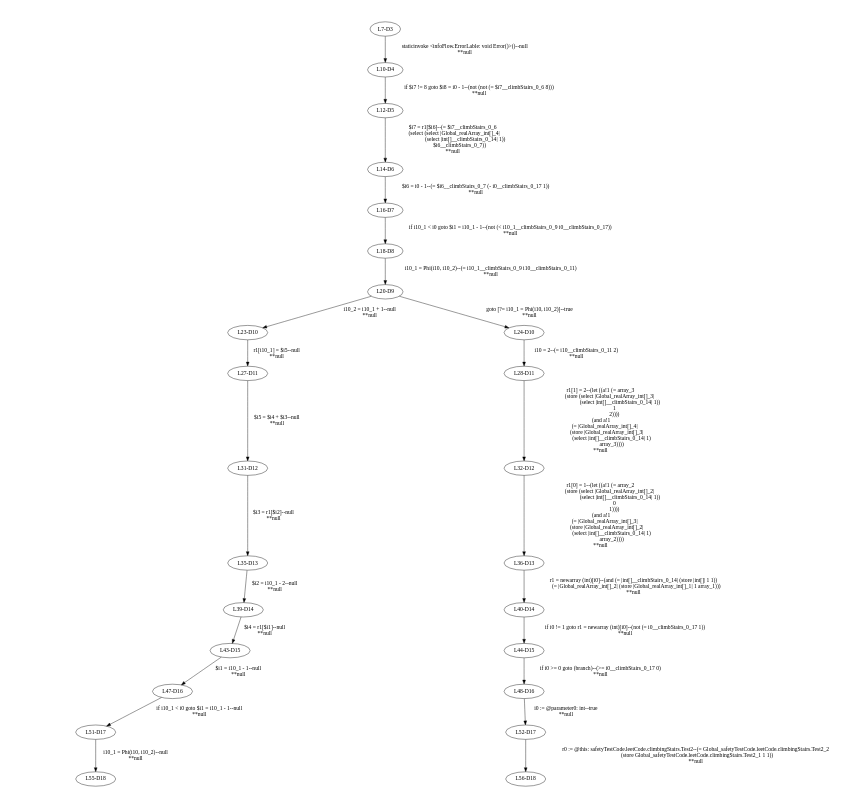
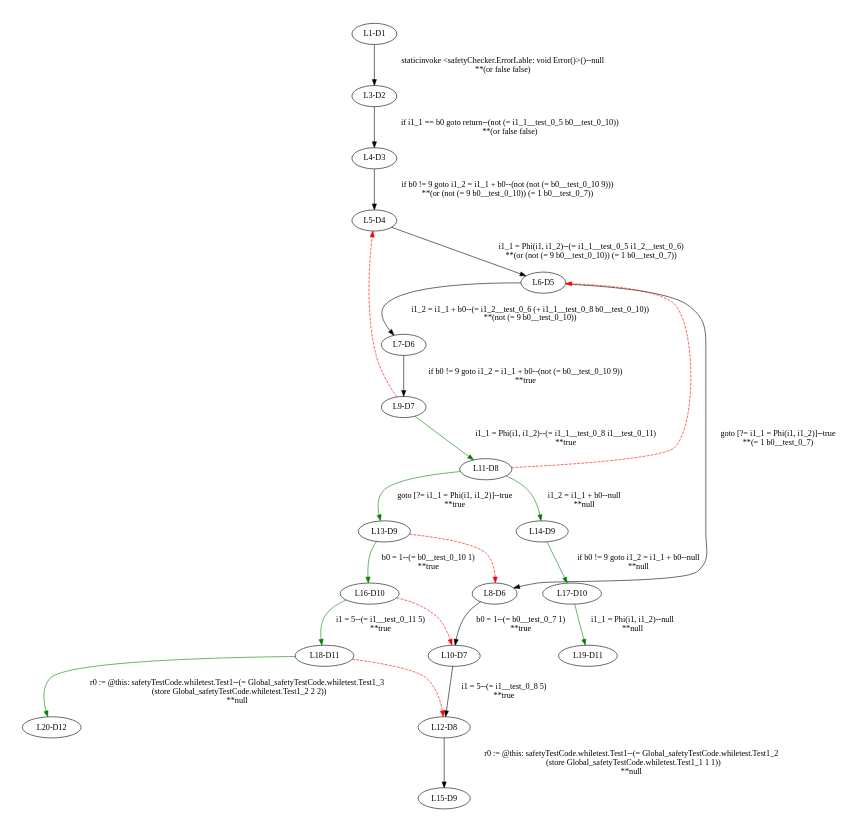
One commit to gt-wunderhorn/gt-wunderhorn changed the diagram in SafetyChecker2/_errors.dot. Above: the diagram before and after it, drawn with Graphviz. The commit also changed 46 other files, not shown here.

```diff
--- a/SafetyChecker2/_errors.dot
+++ b/SafetyChecker2/_errors.dot
@@ -1,76 +1,48 @@
 digraph { 
 	ratio="fill";
 	size="4.3,5.7!";
 	margin=0;
-	"L7-D3" -> "L10-D4"[label="staticinvoke <infoFlow.ErrorLable: void Error()>()--null
+	"L1-D1" -> "L3-D2"[label="staticinvoke <safetyChecker.ErrorLable: void Error()>()--null
+**(or false false)"];
+	"L3-D2" -> "L4-D3"[label="if i1_1 == b0 goto return--(not (= i1_1__test_0_5 b0__test_0_10))
+**(or false false)"];
+	"L4-D3" -> "L5-D4"[label="if b0 != 9 goto i1_2 = i1_1 + b0--(not (not (= b0__test_0_10 9)))
+**(or (not (= 9 b0__test_0_10)) (= 1 b0__test_0_7))"];
+	"L5-D4" -> "L6-D5"[label="i1_1 = Phi(i1, i1_2)--(= i1_1__test_0_5 i1_2__test_0_6)
+**(or (not (= 9 b0__test_0_10)) (= 1 b0__test_0_7))"];
+	"L6-D5" -> "L8-D6"[label="goto [?= i1_1 = Phi(i1, i1_2)]--true
+**(= 1 b0__test_0_7)"];
+	"L6-D5" -> "L7-D6"[label="i1_2 = i1_1 + b0--(= i1_2__test_0_6 (+ i1_1__test_0_8 b0__test_0_10))
+**(not (= 9 b0__test_0_10))"];
+	"L8-D6" -> "L10-D7"[label="b0 = 1--(= b0__test_0_7 1)
+**true"];
+	"L7-D6" -> "L9-D7"[label="if b0 != 9 goto i1_2 = i1_1 + b0--(not (= b0__test_0_10 9))
+**true"];
+	"L10-D7" -> "L12-D8"[label="i1 = 5--(= i1__test_0_8 5)
+**true"];
+	"L9-D7" -> "L11-D8"[color =green, label="i1_1 = Phi(i1, i1_2)--(= i1_1__test_0_8 i1__test_0_11)
+**true"];
+	"L12-D8" -> "L15-D9"[label="r0 := @this: safetyTestCode.whiletest.Test1--(= Global_safetyTestCode.whiletest.Test1_2
+   (store Global_safetyTestCode.whiletest.Test1_1 1 1))
 **null"];
-	"L10-D4" -> "L12-D5"[label="if $i7 != 8 goto $i8 = i0 - 1--(not (not (= $i7__climbStairs_0_6 8)))
+	"L11-D8" -> "L14-D9"[color =green, label="i1_2 = i1_1 + b0--null
 **null"];
-	"L12-D5" -> "L14-D6"[label="$i7 = r1[$i6]--(= $i7__climbStairs_0_6
-   (select (select |Global_realArray_int[]_4|
-                   (select |int[]__climbStairs_0_14| 1))
-           $i6__climbStairs_0_7))
+	"L11-D8" -> "L13-D9"[color =green, label="goto [?= i1_1 = Phi(i1, i1_2)]--true
+**true"];
+	"L14-D9" -> "L17-D10"[color =green, label="if b0 != 9 goto i1_2 = i1_1 + b0--null
 **null"];
-	"L14-D6" -> "L16-D7"[label="$i6 = i0 - 1--(= $i6__climbStairs_0_7 (- i0__climbStairs_0_17 1))
+	"L13-D9" -> "L16-D10"[color =green, label="b0 = 1--(= b0__test_0_10 1)
+**true"];
+	"L17-D10" -> "L19-D11"[color =green, label="i1_1 = Phi(i1, i1_2)--null
 **null"];
-	"L16-D7" -> "L18-D8"[label="if i10_1 < i0 goto $i1 = i10_1 - 1--(not (< i10_1__climbStairs_0_9 i0__climbStairs_0_17))
+	"L16-D10" -> "L18-D11"[color =green, label="i1 = 5--(= i1__test_0_11 5)
+**true"];
+	"L18-D11" -> "L20-D12"[color =green, label="r0 := @this: safetyTestCode.whiletest.Test1--(= Global_safetyTestCode.whiletest.Test1_3
+   (store Global_safetyTestCode.whiletest.Test1_2 2 2))
 **null"];
-	"L18-D8" -> "L20-D9"[label="i10_1 = Phi(i10, i10_2)--(= i10_1__climbStairs_0_9 i10__climbStairs_0_11)
-**null"];
-	"L20-D9" -> "L23-D10"[label="i10_2 = i10_1 + 1--null
-**null"];
-	"L20-D9" -> "L24-D10"[label="goto [?= i10_1 = Phi(i10, i10_2)]--true
-**null"];
-	"L23-D10" -> "L27-D11"[label="r1[i10_1] = $i5--null
-**null"];
-	"L24-D10" -> "L28-D11"[label="i10 = 2--(= i10__climbStairs_0_11 2)
-**null"];
-	"L27-D11" -> "L31-D12"[label="$i5 = $i4 + $i3--null
-**null"];
-	"L28-D11" -> "L32-D12"[label="r1[1] = 2--(let ((a!1 (= array_3
-              (store (select |Global_realArray_int[]_3|
-                             (select |int[]__climbStairs_0_14| 1))
-                     1
-                     2))))
-  (and a!1
-       (= |Global_realArray_int[]_4|
-          (store |Global_realArray_int[]_3|
-                 (select |int[]__climbStairs_0_14| 1)
-                 array_3))))
-**null"];
-	"L31-D12" -> "L35-D13"[label="$i3 = r1[$i2]--null
-**null"];
-	"L32-D12" -> "L36-D13"[label="r1[0] = 1--(let ((a!1 (= array_2
-              (store (select |Global_realArray_int[]_2|
-                             (select |int[]__climbStairs_0_14| 1))
-                     0
-                     1))))
-  (and a!1
-       (= |Global_realArray_int[]_3|
-          (store |Global_realArray_int[]_2|
-                 (select |int[]__climbStairs_0_14| 1)
-                 array_2))))
-**null"];
-	"L35-D13" -> "L39-D14"[label="$i2 = i10_1 - 2--null
-**null"];
-	"L36-D13" -> "L40-D14"[label="r1 = newarray (int)[i0]--(and (= |int[]__climbStairs_0_14| (store |int[]| 1 1))
-     (= |Global_realArray_int[]_2| (store |Global_realArray_int[]_1| 1 array_1)))
-**null"];
-	"L39-D14" -> "L43-D15"[label="$i4 = r1[$i1]--null
-**null"];
-	"L40-D14" -> "L44-D15"[label="if i0 != 1 goto r1 = newarray (int)[i0]--(not (= i0__climbStairs_0_17 1))
-**null"];
-	"L43-D15" -> "L47-D16"[label="$i1 = i10_1 - 1--null
-**null"];
-	"L44-D15" -> "L48-D16"[label="if i0 >= 0 goto (branch)--(>= i0__climbStairs_0_17 0)
-**null"];
-	"L47-D16" -> "L51-D17"[label="if i10_1 < i0 goto $i1 = i10_1 - 1--null
-**null"];
-	"L48-D16" -> "L52-D17"[label="i0 := @parameter0: int--true
-**null"];
-	"L51-D17" -> "L55-D18"[label="i10_1 = Phi(i10, i10_2)--null
-**null"];
-	"L52-D17" -> "L56-D18"[label="r0 := @this: safetyTestCode.leetCode.climbingStairs.Test2--(= Global_safetyTestCode.leetCode.climbingStairs.Test2_2
-   (store Global_safetyTestCode.leetCode.climbingStairs.Test2_1 1 1))
-**null"];
+	"L9-D7" -> "L5-D4"[style=dashed, color=red];
+	"L11-D8" -> "L6-D5"[style=dashed, color=red];
+	"L16-D10" -> "L10-D7"[style=dashed, color=red];
+	"L13-D9" -> "L8-D6"[style=dashed, color=red];
+	"L18-D11" -> "L12-D8"[style=dashed, color=red];
 }
```
